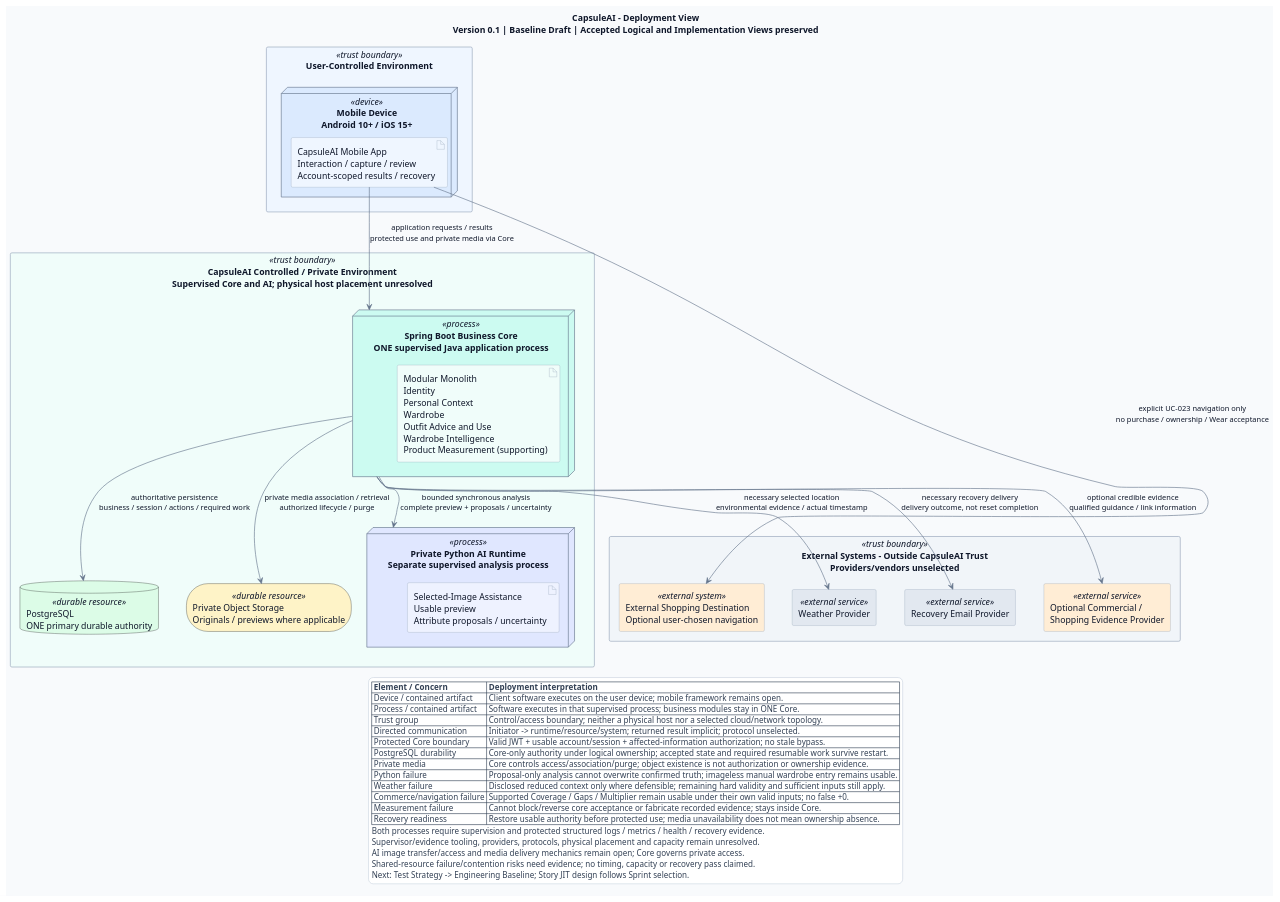
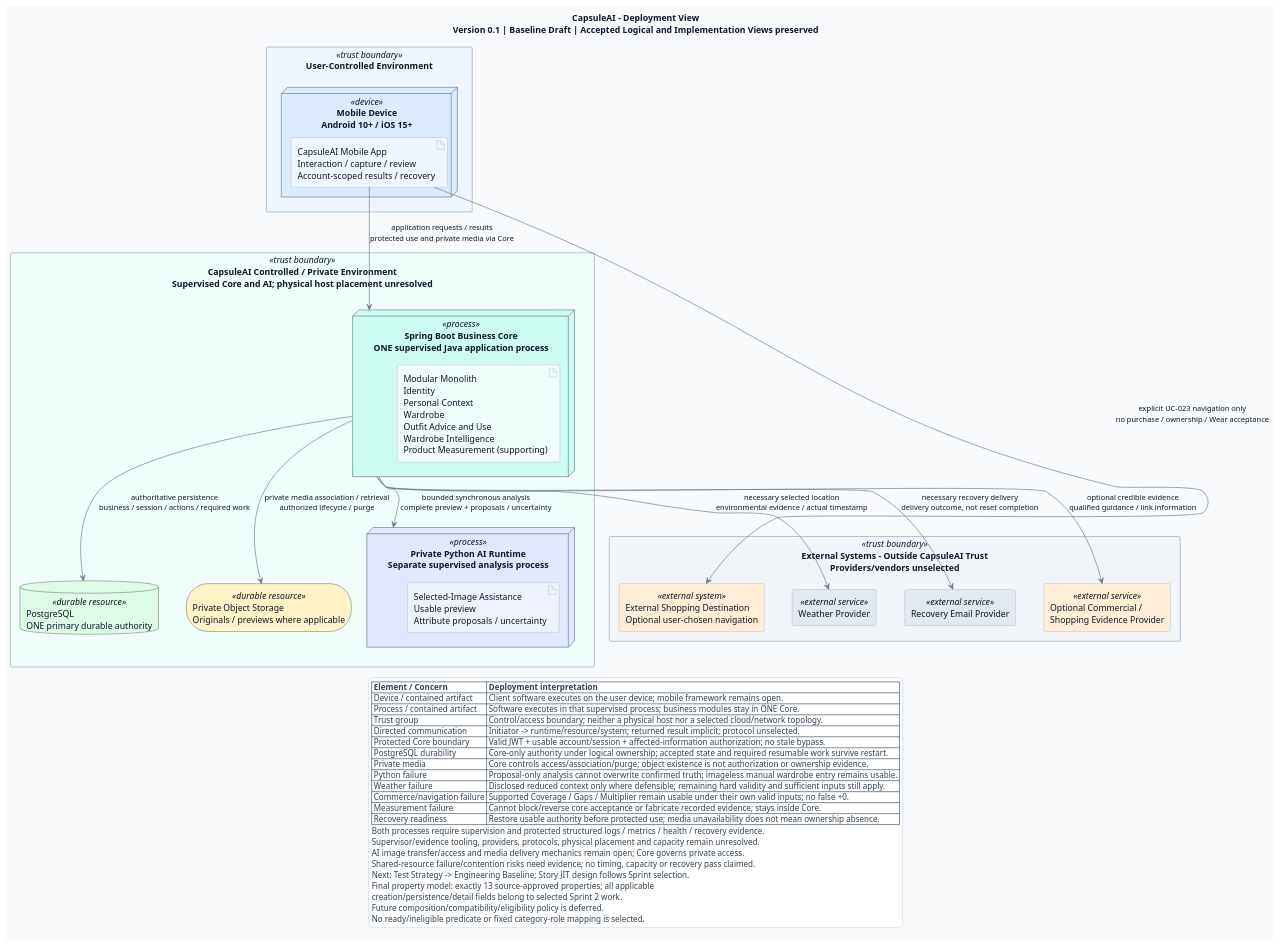
Before and after one commit to luubinhdeptrai/CapsuleAI: the diagram in docs/04-architecture/views/deployment-view.puml, drawn with PlantUML. The commit also changed 48 other files, not shown here.

```diff
--- a/docs/04-architecture/views/deployment-view.puml
+++ b/docs/04-architecture/views/deployment-view.puml
@@ -1,147 +1,153 @@
 @startuml
+' Product update 2026-11-05: Initial files/Image to Properties Extraction.md is property authority.
+' No owner/boundary/deployment selection changes; eligibility policy is deferred.
 ' Artifact: CapsuleAI Deployment View
 ' Version: 0.1; Status: Baseline Draft; Date: 2026-10-11
 ' Primary Sources: ADD v0.1.2, Selected Architecture Decisions v0.1.3 (ADA-001-018 Selected),
 ' approved Logical View v0.1 and approved Implementation View v0.1.
 ' Human acceptance of both existing views is explicit in this Deployment View task.
 ' Source versions are authoring inputs; subsequent navigation-only patches preserve meaning.
 ' Navigation update only, 2026-10-11: all three preceding views human-accepted; Data v0.1 exists.
 ' Runtime/resources/trust boundaries unchanged; 2026-10-20 handoff: Test Strategy, then Engineering Baseline.
 ' Process: Initial files/CapsuleAI_Scrum_Development_Workflow.md, Sections 23/39-43/46.
 ' Scope: runtime processes, deployment nodes, durable resources, external systems, communication
 ' and trust boundaries. Controlled environment denotes control, not a physical host or cloud.
 ' Not Scope: physical schema, exact cloud topology, infrastructure-as-code, network configuration,
 ' source-code internals, detailed sequences/states, provider contracts or a Data View.
 ' Repository inspection: 68 existing documentation/reference files; no source/build/config baseline.
 ' Current requirements: BRD v0.3, PRD v0.2, SRS v0.3, Business Rules v0.1.2;
 ' master Use Case Diagram, all 23 UC specifications and 12 Activity Diagrams.
 ' QA/ASR/ADA/ADD, Scrum sources and historical/reference context were re-read;
 ' complete current Implementation View re-read immediately before drawing; no owner redesign.
 '
 ' Traceability: Core/PG authority -> ADA-001/002/003/008/009/016; ASR-SEC-001, REL-001/002.
 ' AI/media -> ADA-004/005/007/012/013; ASR-PERF-001, SEC-002, INT-001; UC-007/010.
 ' Providers/navigation -> ADA-006/010/018; ASR-INT-001; UC-004/006/021-023, SI-002-004.
 ' Supervision/protected evidence -> ADA-013/014; ASR-REL-002/TEST-001; QA-REL-03/SUP-01.
 ' Internal boundaries remain those accepted in Logical/Implementation Views (ADA-015-018).
 '
 ' Validation evidence remains required, not achieved by this view (SRS Sections 2.3/12.3):
 ' NFR-PERF-001: p95 <=5 s from accepted post-transfer analysis to BOTH usable preview/proposals;
 ' include actual core/AI/media/result overhead, exclude initial upload and user review time.
 ' NFR-PERF-002: p95 <3 s from accepted request with context to FIRST COMPLETE daily result,
 ' exactly 100 confirmed garments; evaluation runs in Core using current authoritative inputs.
 ' NFR-TEST-003: 5 warm-ups, >=100 measured runs, legitimate slow runs retained, reference
 ' device/network/environment recorded. NFR-SCA-002: 20 active users is separate integrity evidence.
 ' NFR-REL-003: restore authorized core operation <=5 minutes after recoverable validation restart,
 ' accepted state intact and applicable fallbacks available; no production SLA, disaster RPO or pass.
 ' No timeout is inferred from a p95 target; numeric AI waiting policy remains downstream.
 '
 ' PostgreSQL tracks restart-surviving required owner work: association/physical deletion/retention/
 ' recovery where applicable. Local in-memory events/timers and optional measurement are insufficient.
 ' Immediate effective withdrawal is distinct from later physical purge (DATA-RET-001-003).
 ' Applicable copies/versions follow the same lifecycle; exact work scheduling/retry remains open.
 ' PG and private media are separate durable resources; no cross-resource atomicity is claimed.
 ' Python has no direct confirmed business-state or PG access; analysis never confirms a garment.
 ' AI image transfer/access and temporary authorized media delivery mechanics remain unresolved;
 ' therefore there is no direct AI or Mobile -> Object Storage path in this baseline.
 '
 ' Commercial evidence and External Shopping Destination are distinct external roles, possibly
 ' supplied by the same system; this does not require two vendors or new shopping integration.
 ' Core qualifies available evidence/link information; Mobile carries the explicit UC-023 handoff.
 ' The navigation arrow allocates client interaction, not a browser/deep-link/redirect mechanism.
 ' No purchase/ownership/Wear acceptance or unrelated private-data disclosure follows navigation.
 ' Weather acquisition retains UC-006 authority; consuming assessments use its resulting context.
 ' Personal selected-image assistance is purpose-limited; no MVP personal-data training/improvement.
 '
 ' Open: physical hosts/counts/co-location, resource sizing/model compute, runtime versions,
 ' providers/hosting, process supervisor, protocols/ports, AI image transfer, media delivery,
 ' operating evidence tooling, durable-work/recovery mechanics; resolve from actual evidence.
 ' Process separation establishes neither host separation nor immunity to shared-resource failure.
 ' No dedicated cache, broker, independently deployed business modules or cloud platform is added.
 ' Notation checked against official PlantUML documentation via Context7, 2026-10-11:
 ' https://plantuml.com/deployment-diagram and https://plantuml.com/command-line
 
 title CapsuleAI - Deployment View\nVersion 0.1 | Baseline Draft | Accepted Logical and Implementation Views preserved
 top to bottom direction
 skinparam backgroundColor #F8FAFC
 skinparam shadowing false
 skinparam defaultFontSize 14
 skinparam ArrowFontSize 12
 skinparam defaultFontColor #0F172A
 skinparam ArrowColor #64748B
 skinparam nodesep 45
 skinparam ranksep 65
 skinparam rectangle {
   BorderColor #94A3B8
   FontColor #0F172A
 }
 skinparam node {
   BorderColor #64748B
   FontColor #0F172A
 }
 skinparam artifact {
   BorderColor #94A3B8
   FontColor #0F172A
 }
 skinparam legend {
   BackgroundColor #FFFFFF
   BorderColor #CBD5E1
   FontColor #334155
   FontSize 13
 }
 
 rectangle "User-Controlled Environment" as UserBoundary <<trust boundary>> #EFF6FF {
     node "Mobile Device\nAndroid 10+ / iOS 15+" as Device <<device>> #DBEAFE {
         artifact "CapsuleAI Mobile App\nInteraction / capture / review\nAccount-scoped results / recovery" as Mobile #EFF6FF
     }
 }
 
 rectangle "CapsuleAI Controlled / Private Environment\nSupervised Core and AI; physical host placement unresolved" as PrivateBoundary <<trust boundary>> #F0FDFA {
     node "Spring Boot Business Core\nONE supervised Java application process" as Core <<process>> #CCFBF1 {
         artifact "Modular Monolith\nIdentity\nPersonal Context\nWardrobe\nOutfit Advice and Use\nWardrobe Intelligence\nProduct Measurement (supporting)" as BusinessApp #F0FDFA
     }
     node "Private Python AI Runtime\nSeparate supervised analysis process" as AI <<process>> #E0E7FF {
         artifact "Selected-Image Assistance\nUsable preview\nAttribute proposals / uncertainty" as Analysis #EEF2FF
     }
     database "PostgreSQL\nONE primary durable authority" as DB <<durable resource>> #DCFCE7
     storage "Private Object Storage\nOriginals / previews where applicable" as Media <<durable resource>> #FEF3C7
 }
 
 rectangle "External Systems - Outside CapsuleAI Trust\nProviders/vendors unselected" as ExternalBoundary <<trust boundary>> #F1F5F9 {
     rectangle "Weather Provider" as Weather <<external service>> #E2E8F0
     rectangle "Recovery Email Provider" as Email <<external service>> #E2E8F0
     rectangle "Optional Commercial /\nShopping Evidence Provider" as Commerce <<external service>> #FFEDD5
     rectangle "External Shopping Destination\nOptional user-chosen navigation" as Destination <<external system>> #FFEDD5
 }
 
 ' Communication arrows show initiation direction; returned evidence/results are implicit.
 ' Registration/login/recovery also use Mobile-Core; JWT/session/ownership gates protected use.
 Mobile --> Core : application requests / results\nprotected use and private media via Core
 Core --> AI : bounded synchronous analysis\ncomplete preview + proposals / uncertainty
 Core --> DB : authoritative persistence\nbusiness / session / actions / required work
 Core --> Media : private media association / retrieval\nauthorized lifecycle / purge
 Core --> Weather : necessary selected location\nenvironmental evidence / actual timestamp
 Core --> Email : necessary recovery delivery\ndelivery outcome, not reset completion
 Core --> Commerce : optional credible evidence\nqualified guidance / link information
 Mobile -[norank]-> Destination : explicit UC-023 navigation only\nno purchase / ownership / Wear acceptance
 
 legend bottom
   |= Element / Concern |= Deployment interpretation |
   | Device / contained artifact | Client software executes on the user device; mobile framework remains open. |
   | Process / contained artifact | Software executes in that supervised process; business modules stay in ONE Core. |
   | Trust group | Control/access boundary; neither a physical host nor a selected cloud/network topology. |
   | Directed communication | Initiator -> runtime/resource/system; returned result implicit; protocol unselected. |
   | Protected Core boundary | Valid JWT + usable account/session + affected-information authorization; no stale bypass. |
   | PostgreSQL durability | Core-only authority under logical ownership; accepted state and required resumable work survive restart. |
   | Private media | Core controls access/association/purge; object existence is not authorization or ownership evidence. |
   | Python failure | Proposal-only analysis cannot overwrite confirmed truth; imageless manual wardrobe entry remains usable. |
   | Weather failure | Disclosed reduced context only where defensible; remaining hard validity and sufficient inputs still apply. |
   | Commerce/navigation failure | Supported Coverage / Gaps / Multiplier remain usable under their own valid inputs; no false +0. |
   | Measurement failure | Cannot block/reverse core acceptance or fabricate recorded evidence; stays inside Core. |
   | Recovery readiness | Restore usable authority before protected use; media unavailability does not mean ownership absence. |
   Both processes require supervision and protected structured logs / metrics / health / recovery evidence.
   Supervisor/evidence tooling, providers, protocols, physical placement and capacity remain unresolved.
   AI image transfer/access and media delivery mechanics remain open; Core governs private access.
   Shared-resource failure/contention risks need evidence; no timing, capacity or recovery pass claimed.
   Next: Test Strategy -> Engineering Baseline; Story JIT design follows Sprint selection.
+  Final property model: exactly 13 source-approved properties; all applicable
+  creation/persistence/detail fields belong to selected Sprint 2 work.
+  Future composition/compatibility/eligibility policy is deferred.
+  No ready/ineligible predicate or fixed category-role mapping is selected.
 endlegend
 @enduml
```
